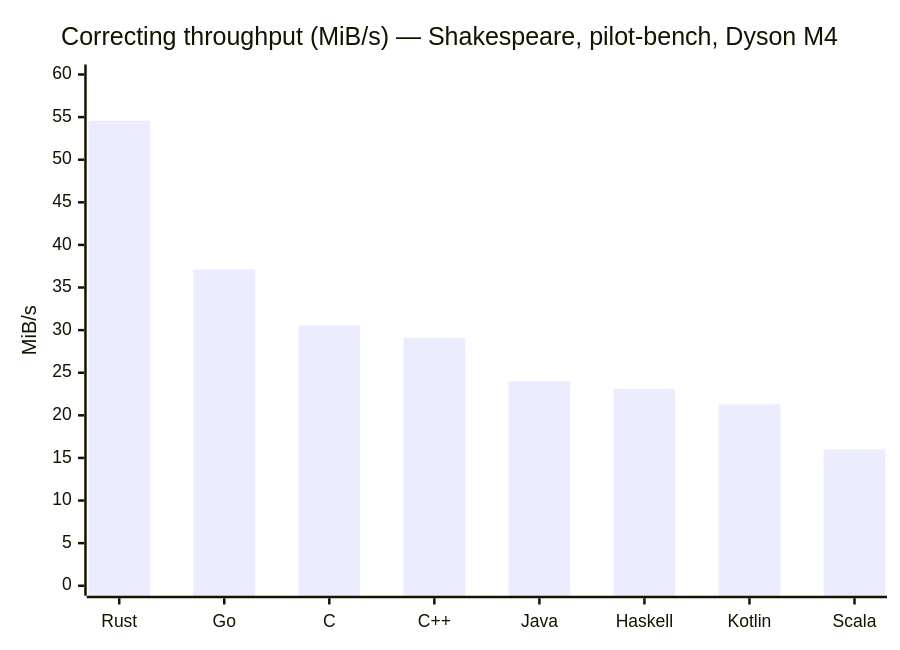
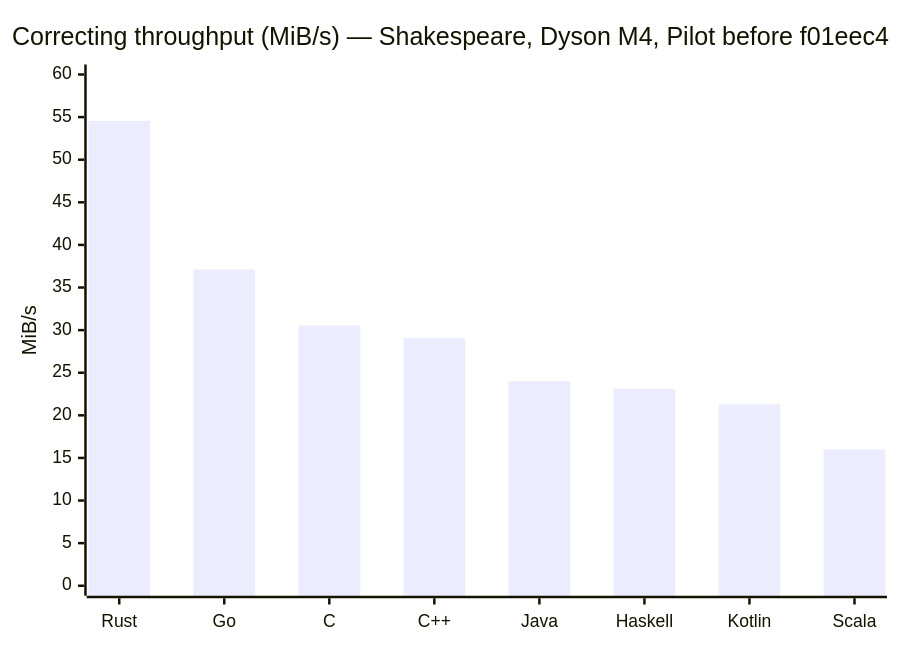
Before and after one commit to darrelllong/Delta-Compression: the fourth of 10 diagrams in ANALYSIS.md, drawn with Mermaid. The commit also changed other lines of this file and 14 other files, not shown here.

````diff
--- a/ANALYSIS.md
+++ b/ANALYSIS.md
@@ -511,7 +543,7 @@
 ```mermaid
 xychart-beta
-    title "Correcting throughput (MiB/s) — Shakespeare, pilot-bench, Dyson M4"
+    title "Correcting throughput (MiB/s) — Shakespeare, Dyson M4, Pilot before f01eec4"
     x-axis ["Rust", "Go", "C", "C++", "Java", "Haskell", "Kotlin", "Scala"]
     y-axis "MiB/s" 0 --> 60
     bar [54.56, 37.12, 30.54, 29.09, 23.99, 23.11, 21.30, 16.00]
 ```
````
